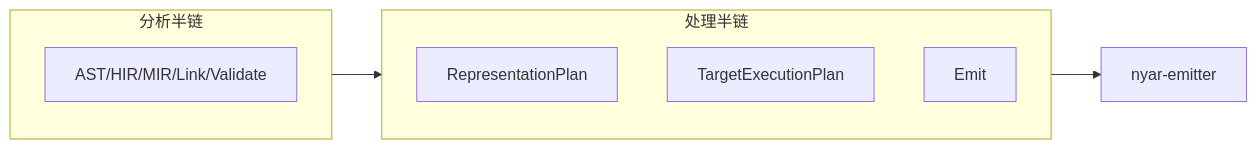
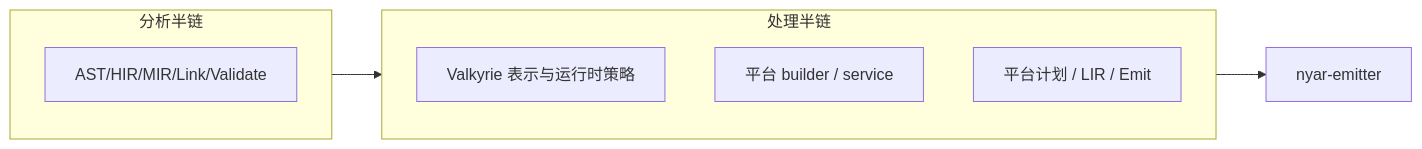
One commit to nyar-vm/nyar-vm changed the diagram in projects/nyar.rs/languages/rusty-valkyrie/src/compiler/emitter/readme.md. Above: the diagram before and after it, drawn with Mermaid. The commit also changed other lines of this file and 7 other files, not shown here.

Commit message:
📝 Align Valkyrie compiler documentation with target ownership

````diff
--- a/projects/nyar.rs/languages/rusty-valkyrie/src/compiler/emitter/readme.md
+++ b/projects/nyar.rs/languages/rusty-valkyrie/src/compiler/emitter/readme.md
@@ -18,13 +18,13 @@
 ```mermaid
 flowchart LR
   subgraph analysis["分析半链"]
     A1[AST/HIR/MIR/Link/Validate]
   end
   subgraph processing["处理半链"]
-    P1[RepresentationPlan]
-    P2[TargetExecutionPlan]
-    P3[Emit]
+    P1[Valkyrie 表示与运行时策略]
+    P2[平台 builder / service]
+    P3[平台计划 / LIR / Emit]
   end
   analysis --> processing
   processing --> NYAR[nyar-emitter]
 ```
````
